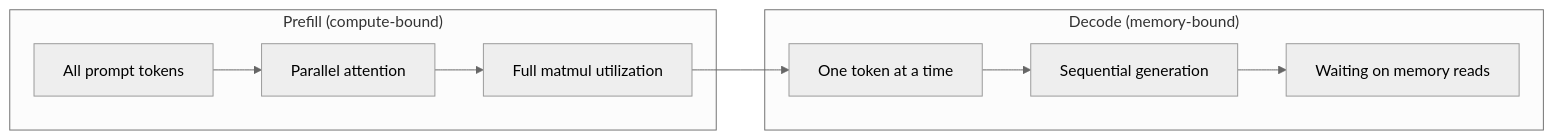
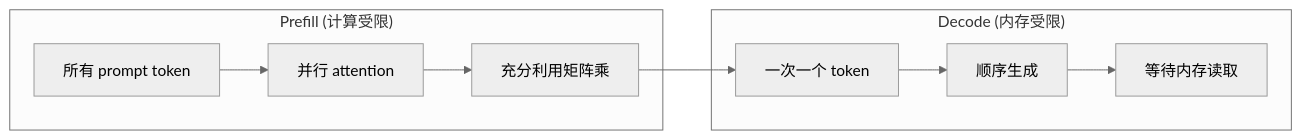
Before and after one commit to JerryC8080/ai-engineering-from-scratch-zh: the first of 5 diagrams in phases/10-llms-from-scratch/12-inference-optimization/docs/zh.md, drawn with Mermaid (neutral theme). The commit also changed other lines of this file and 156 other files, not shown here.

First line of the commit message:
i18n(zh): translate mermaid diagram labels in 157 lesson zh.md

````diff
--- a/phases/10-llms-from-scratch/12-inference-optimization/docs/zh.md
+++ b/phases/10-llms-from-scratch/12-inference-optimization/docs/zh.md
@@ -39,14 +39,14 @@
 ```mermaid
 graph LR
-    subgraph "Prefill (compute-bound)"
-        P1["All prompt tokens"] --> P2["Parallel attention"]
-        P2 --> P3["Full matmul utilization"]
+    subgraph "Prefill (计算受限)"
+        P1["所有 prompt token"] --> P2["并行 attention"]
+        P2 --> P3["充分利用矩阵乘"]
     end
 
-    subgraph "Decode (memory-bound)"
-        D1["One token at a time"] --> D2["Sequential generation"]
-        D2 --> D3["Waiting on memory reads"]
+    subgraph "Decode (内存受限)"
+        D1["一次一个 token"] --> D2["顺序生成"]
+        D2 --> D3["等待内存读取"]
     end
 
     P3 --> D1
 ```
````
